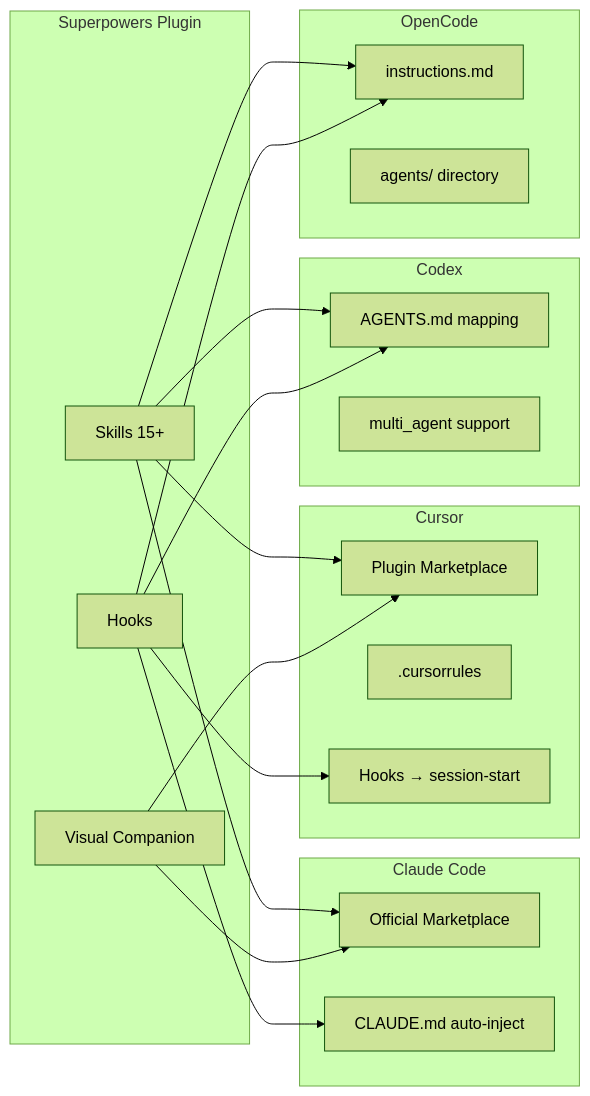
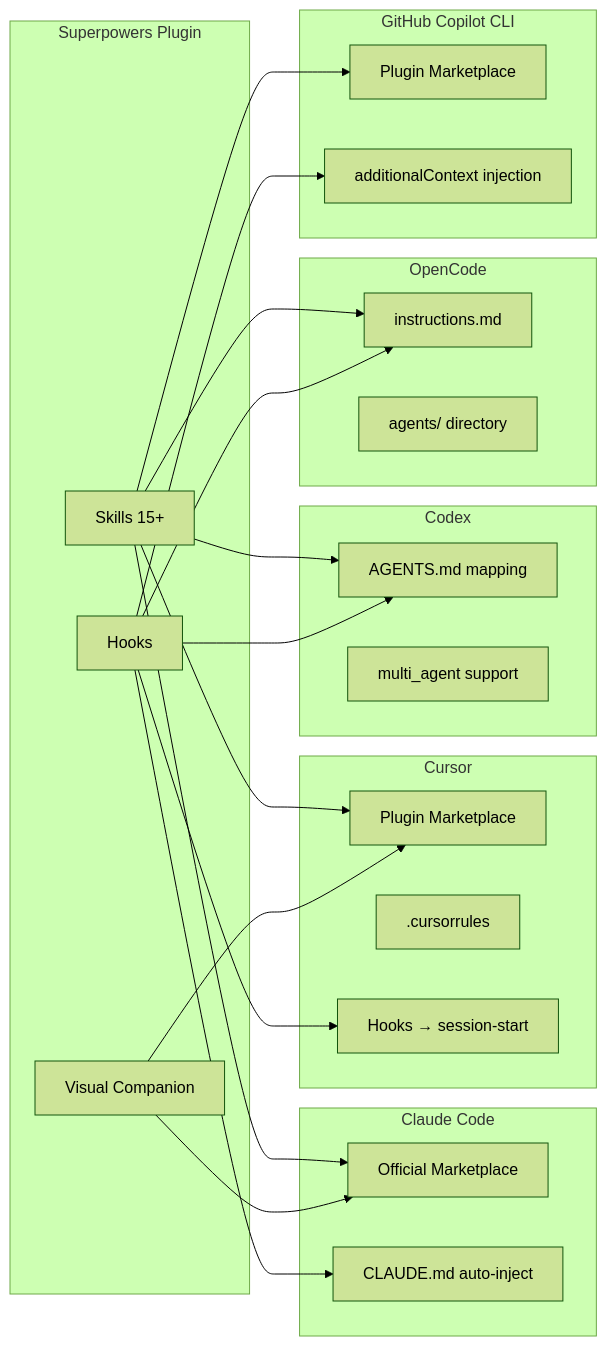
The fifth of 43 diagrams in content/posts/教學/AI開發/Superpowers教學手冊.md (chihhung/Blog), drawn with Mermaid (forest theme) before and after one commit. The commit also changed other lines of this file, not shown here.

````diff
--- a/content/posts/教學/AI開發/Superpowers教學手冊.md
+++ b/content/posts/教學/AI開發/Superpowers教學手冊.md
@@ -396,33 +435,38 @@
 ```mermaid
 graph LR
     subgraph "Superpowers Plugin"
         SKILLS[Skills 15+]
         HOOKS[Hooks]
         VIS[Visual Companion]
     end
     
     subgraph "Claude Code"
         CC_MKT[Official Marketplace]
         CC_CLAUDE[CLAUDE.md auto-inject]
     end
     
     subgraph "Cursor"
         CU_PLUG[Plugin Marketplace]
         CU_RULES[.cursorrules]
         CU_HOOK[Hooks → session-start]
     end
     
     subgraph "Codex"
         CDX_AGENTS[AGENTS.md mapping]
         CDX_MA[multi_agent support]
     end
     
     subgraph "OpenCode"
         OC_INST[instructions.md]
         OC_AGENT[agents/ directory]
     end
     
-    SKILLS --> CC_MKT & CU_PLUG & CDX_AGENTS & OC_INST
-    HOOKS --> CC_CLAUDE & CU_HOOK & CDX_AGENTS & OC_INST
+    subgraph "GitHub Copilot CLI"
+        GCLI_MKT[Plugin Marketplace]
+        GCLI_CTX[additionalContext injection]
+    end
+    
+    SKILLS --> CC_MKT & CU_PLUG & CDX_AGENTS & OC_INST & GCLI_MKT
+    HOOKS --> CC_CLAUDE & CU_HOOK & CDX_AGENTS & OC_INST & GCLI_CTX
     VIS --> CC_MKT & CU_PLUG
 ```
````
